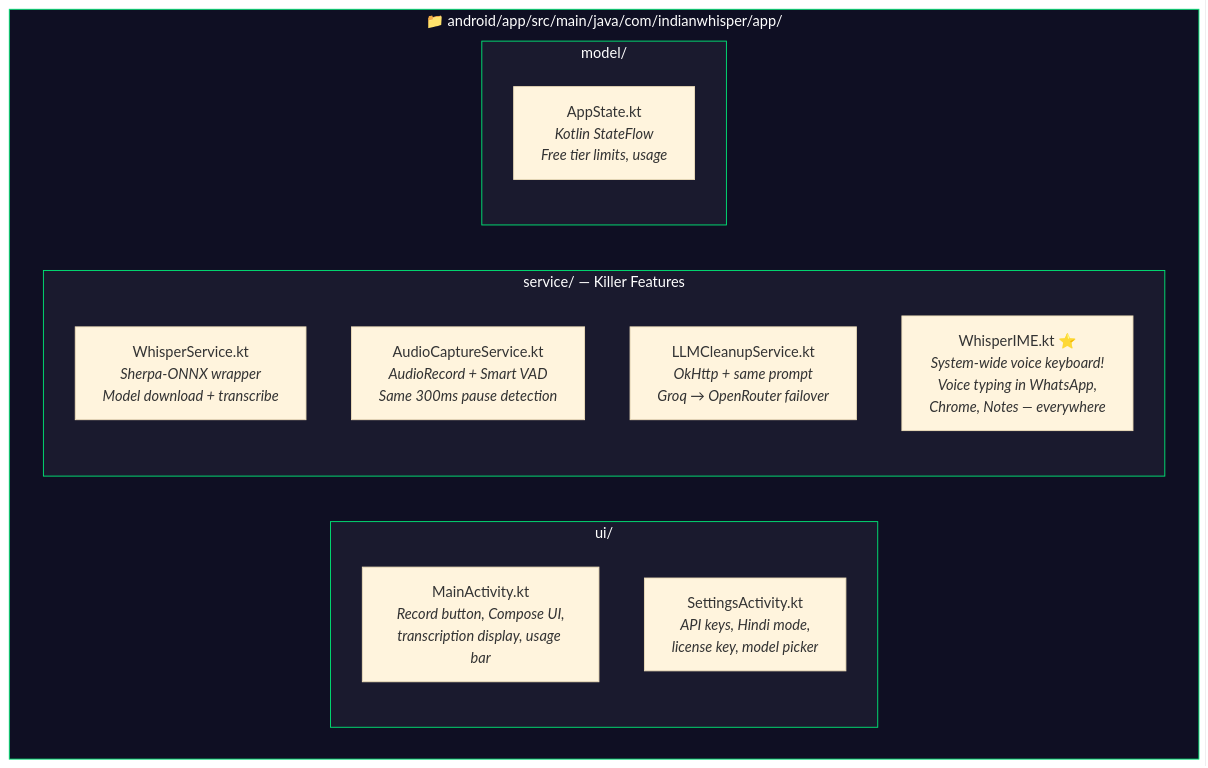
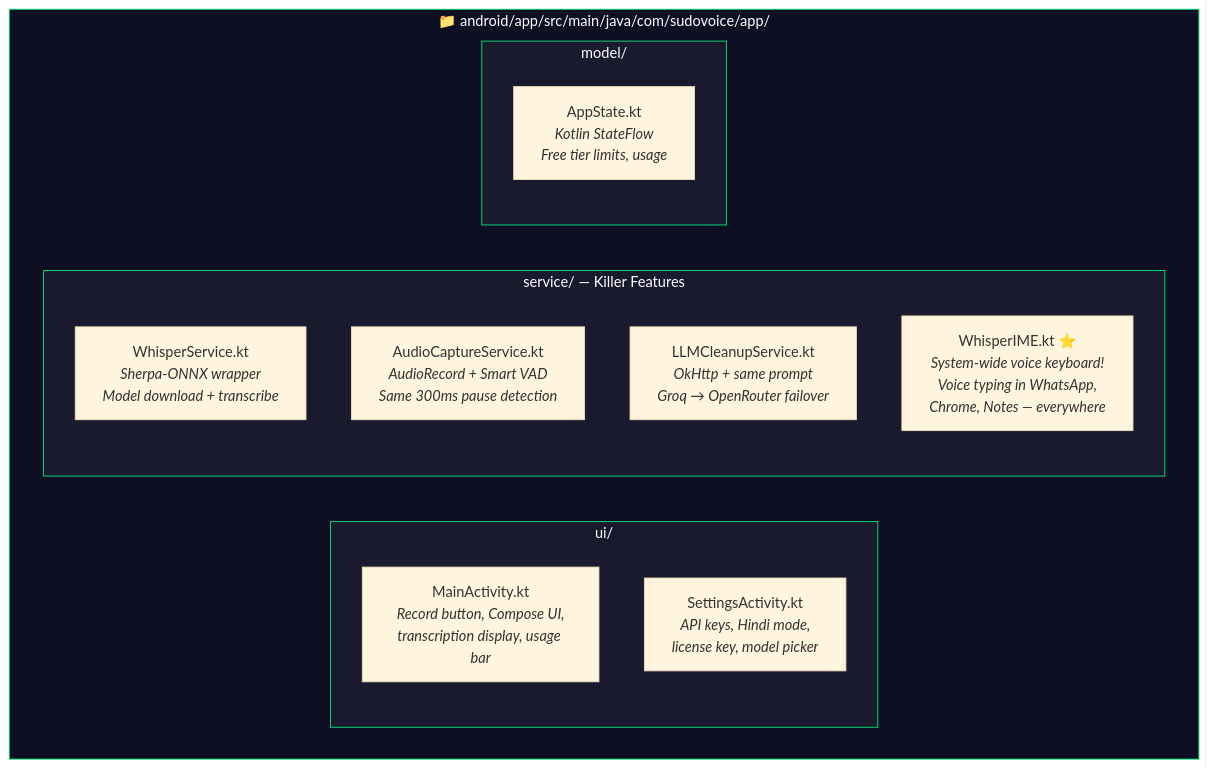
The eighth of 17 diagrams in README.md (Sudo-vishal/sudo-voice), drawn with Mermaid (base theme) before and after one commit. The commit also changed other lines of this file and 33 other files, not shown here.

````diff
--- a/README.md
+++ b/README.md
@@ -268,23 +268,23 @@
 ```mermaid
 graph TD
-    subgraph Android["📁 android/app/src/main/java/com/indianwhisper/app/"]
+    subgraph Android["📁 android/app/src/main/java/com/sudovoice/app/"]
         subgraph AUI["ui/"]
             AMAIN["MainActivity.kt<br/><i>Record button, Compose UI,<br/>transcription display, usage bar</i>"]
             ASETT["SettingsActivity.kt<br/><i>API keys, Hindi mode,<br/>license key, model picker</i>"]
         end
         subgraph AService["service/ — Killer Features"]
             AWS["WhisperService.kt<br/><i>Sherpa-ONNX wrapper<br/>Model download + transcribe</i>"]
             AAC["AudioCaptureService.kt<br/><i>AudioRecord + Smart VAD<br/>Same 300ms pause detection</i>"]
             ALC["LLMCleanupService.kt<br/><i>OkHttp + same prompt<br/>Groq → OpenRouter failover</i>"]
             AIME["WhisperIME.kt ⭐<br/><i>System-wide voice keyboard!<br/>Voice typing in WhatsApp,<br/>Chrome, Notes — everywhere</i>"]
         end
         subgraph AModel["model/"]
             AAS["AppState.kt<br/><i>Kotlin StateFlow<br/>Free tier limits, usage</i>"]
         end
     end
 
     style Android fill:#0f0f23,stroke:#00e676,color:#fff
     style AUI fill:#1a1a2e,stroke:#00e676,color:#fff
     style AService fill:#1a1a2e,stroke:#00e676,color:#fff
     style AModel fill:#1a1a2e,stroke:#00e676,color:#fff
 ```
````
